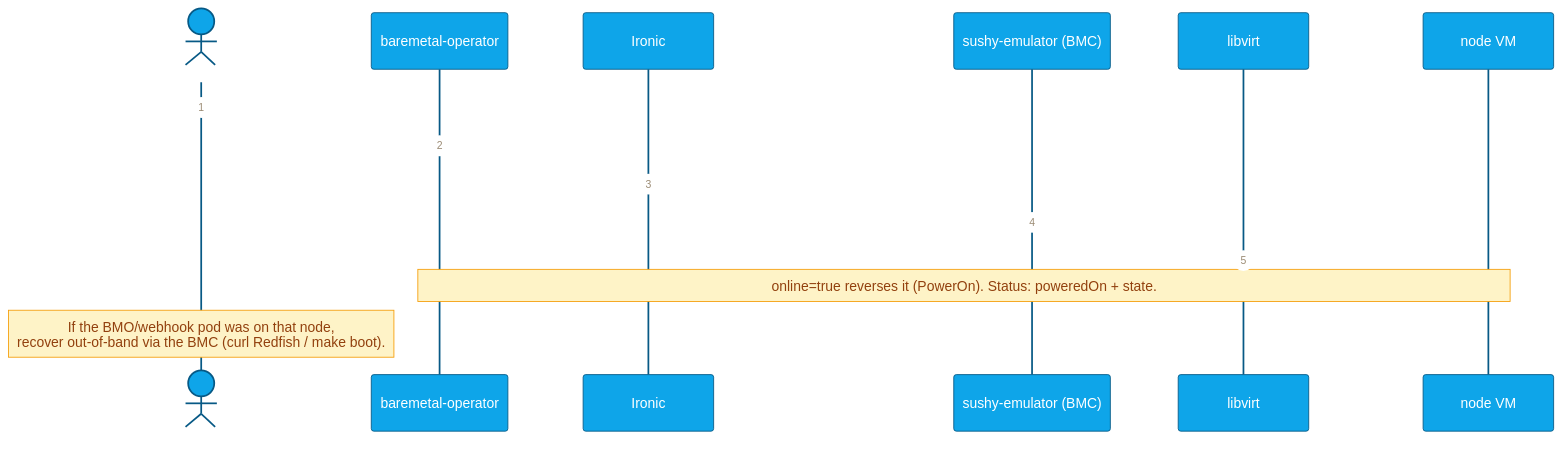
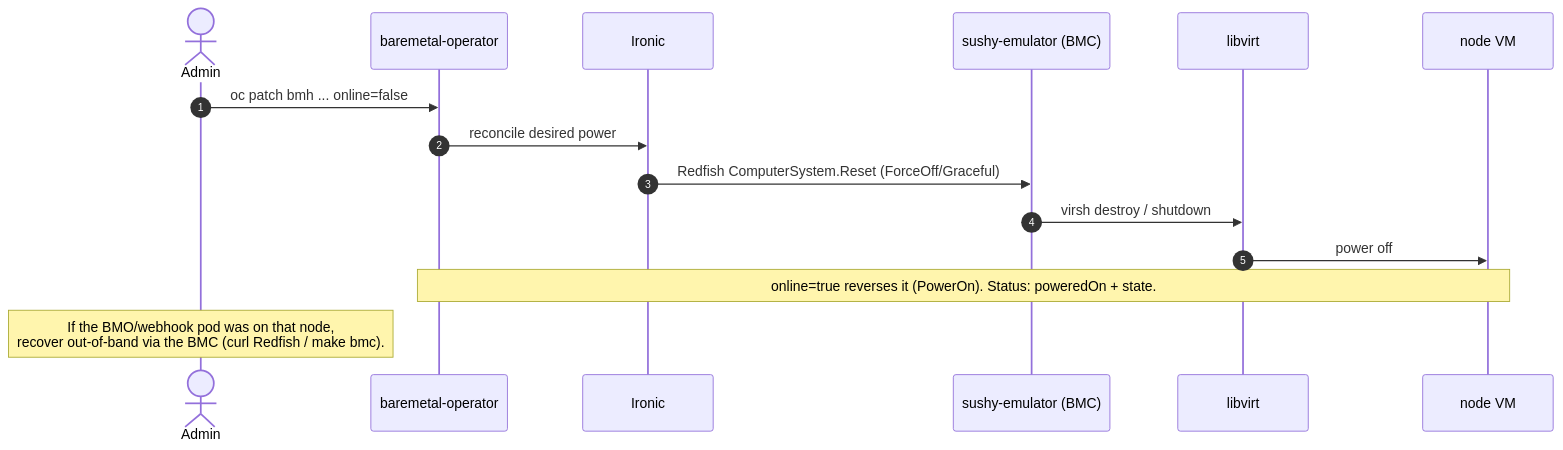
Before and after one commit to maci0/vmetal-openshift: the fifth of 6 diagrams in docs/architecture.md, drawn with Mermaid. The commit also changed other lines of this file and 25 other files, not shown here.

First line of the commit message:
Expand BMC controls (make bmc), default agent boot to redfish, group templates, dark-mode-safe diagrams

````diff
--- a/docs/architecture.md
+++ b/docs/architecture.md
@@ -207,22 +202,18 @@
 ```mermaid
-%%{init: {'theme':'base','themeVariables':{
-  'primaryColor':'#6366f1','primaryTextColor':'#fff','primaryBorderColor':'#3730a3',
-  'lineColor':'#64748b','actorBkg':'#0ea5e9','actorTextColor':'#fff',
-  'actorBorder':'#075985','noteBkgColor':'#fef3c7','noteTextColor':'#92400e','noteBorderColor':'#f59e0b'}}}%%
 sequenceDiagram
   autonumber
   actor U as Admin
   participant BMO as baremetal-operator
   participant IR as Ironic
   participant S as sushy-emulator (BMC)
   participant L as libvirt
   participant N as node VM
 
   U->>BMO: oc patch bmh ... online=false
   BMO->>IR: reconcile desired power
   IR->>S: Redfish ComputerSystem.Reset (ForceOff/Graceful)
   S->>L: virsh destroy / shutdown
   L->>N: power off
   Note over BMO,N: online=true reverses it (PowerOn). Status: poweredOn + state.
-  Note over U: If the BMO/webhook pod was on that node,<br/>recover out-of-band via the BMC (curl Redfish / make boot).
+  Note over U: If the BMO/webhook pod was on that node,<br/>recover out-of-band via the BMC (curl Redfish / make bmc).
 ```
````
